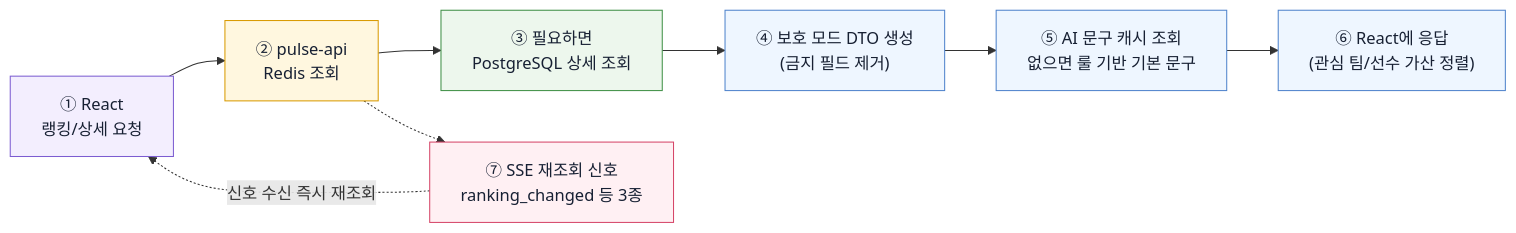
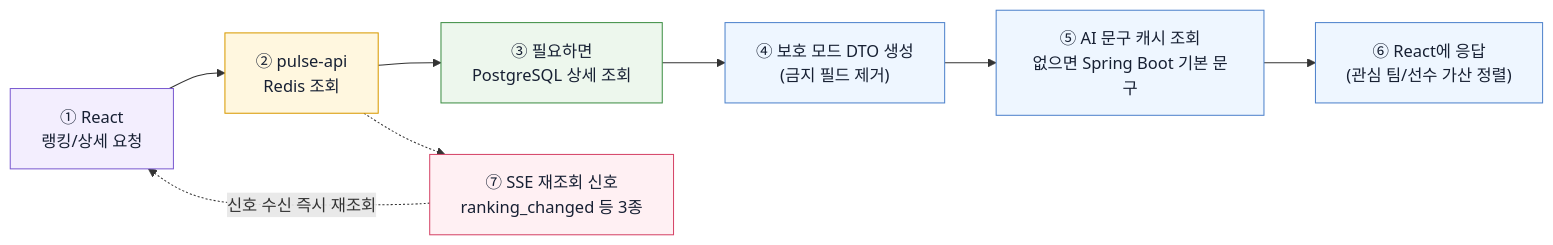
The third of 3 diagrams in docs/design/DATA_PIPELINE.md (team-pulse-mlb/pulse-project), drawn with Mermaid before and after one commit. The commit also changed other lines of this file and 4 other files, not shown here.

````diff
--- a/docs/design/DATA_PIPELINE.md
+++ b/docs/design/DATA_PIPELINE.md
@@ -109,22 +109,22 @@
 ```mermaid
 flowchart LR
     classDef fe fill:#f3eefe,stroke:#7c5cd1,color:#172033
     classDef app fill:#eef6ff,stroke:#4f83cc,color:#172033
     classDef mw fill:#fff7df,stroke:#d99a00,color:#172033
     classDef store fill:#edf7ed,stroke:#3f8f46,color:#172033
     classDef signal fill:#fff0f3,stroke:#d64568,color:#172033
 
     A["① React<br/>랭킹/상세 요청"] --> B["② pulse-api<br/>Redis 조회"]
     B --> C["③ 필요하면<br/>PostgreSQL 상세 조회"]
     C --> D["④ 보호 모드 DTO 생성<br/>(금지 필드 제거)"]
-    D --> E["⑤ AI 문구 캐시 조회<br/>없으면 룰 기반 기본 문구"]
+    D --> E["⑤ AI 문구 캐시 조회<br/>없으면 Spring Boot 기본 문구"]
     E --> F["⑥ React에 응답<br/>(관심 팀/선수 가산 정렬)"]
     B -.-> G["⑦ SSE 재조회 신호<br/>ranking_changed 등 3종"]
     G -.->|"신호 수신 즉시 재조회"| A
 
     class A fe
     class B mw
     class C store
     class D,E,F app
     class G signal
 ```
````
